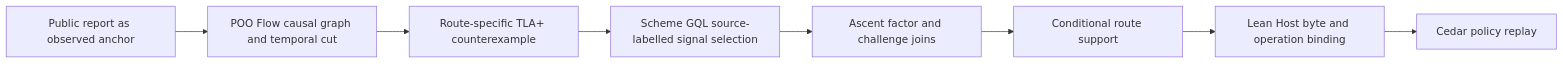
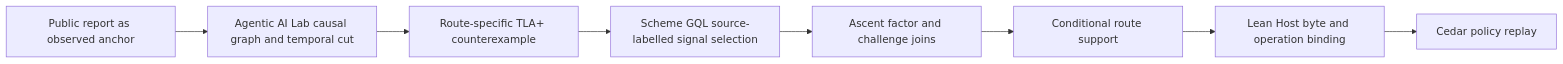
One commit to tao3k/lambda-episteme changed the third of 4 diagrams in user-interface/scenarios/exchange/cases/signing-trust-chain/README.org. Above: the diagram before and after it, drawn with Mermaid. The commit also changed other lines of this file and 157 other files, not shown here.

Commit message:
Migrate Agentic AI Lab consumers and pin the published proof namespace

```diff
--- a/user-interface/scenarios/exchange/cases/signing-trust-chain/README.org
+++ b/user-interface/scenarios/exchange/cases/signing-trust-chain/README.org
@@ -362,10 +362,10 @@
 #+begin_src mermaid
 flowchart LR
-  O[Public report as observed anchor] --> P[POO Flow causal graph and temporal cut]
+  O[Public report as observed anchor] --> P[Agentic AI Lab causal graph and temporal cut]
   P --> T[Route-specific TLA+ counterexample]
   T --> G[Scheme GQL source-labelled signal selection]
   G --> A[Ascent factor and challenge joins]
   A --> R[Conditional route support]
   R --> L[Lean Host byte and operation binding]
   L --> C[Cedar policy replay]
 #+end_src
```
